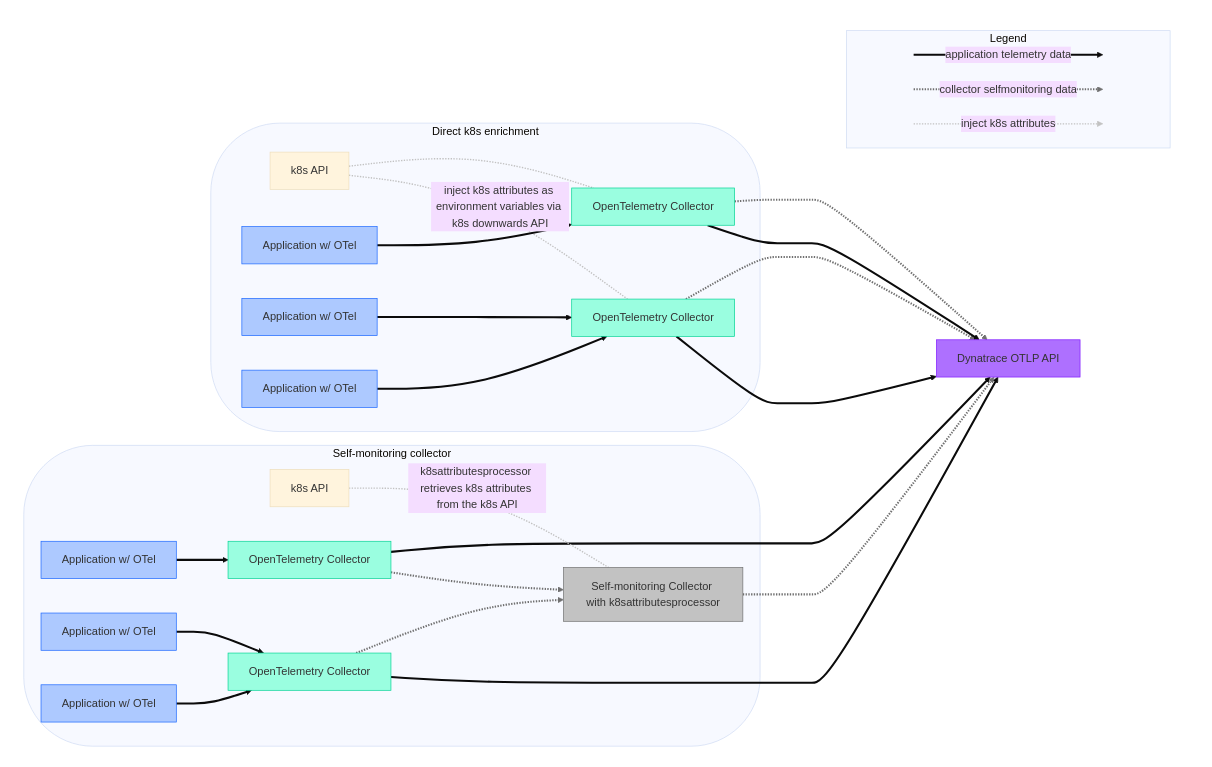
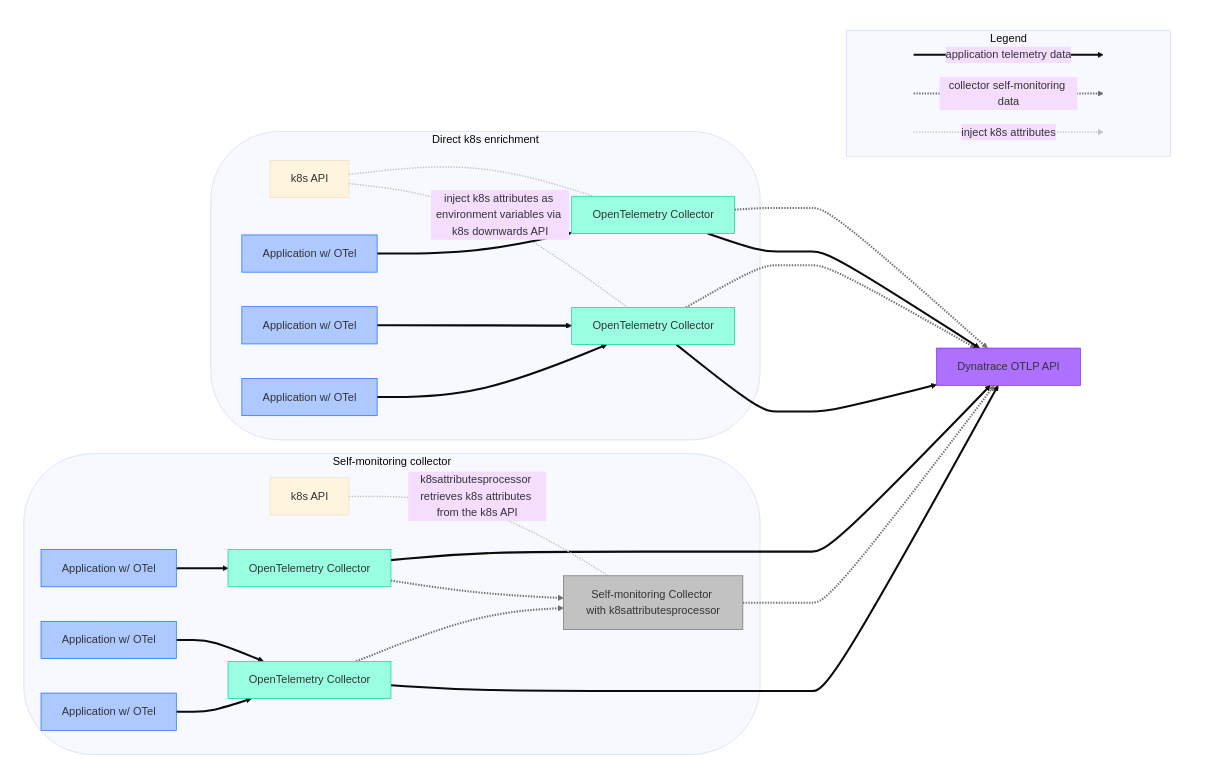
One commit to Dynatrace/dynatrace-otel-collector changed the diagram in docs/dashboards/README.md. Above: the diagram before and after it, drawn with Mermaid (base theme). The commit also changed other lines of this file, not shown here.

````diff
--- a/docs/dashboards/README.md
+++ b/docs/dashboards/README.md
@@ -97,82 +97,82 @@
 ```mermaid
 flowchart LR
     subgraph alignOthersSg[" "]
         subgraph dtOtlpApi[" "]
             otlpApi[Dynatrace OTLP API]:::API
         end
 
         subgraph legend[Legend]
             direction LR
             leg1[ ]:::hide-- application telemetry data -->leg2[ ]:::hide
-            leg3[ ]:::hide-. collector selfmonitoring data .-> leg4[ ]:::hide
+            leg3[ ]:::hide-. collector self-monitoring data .-> leg4[ ]:::hide
             leg5[ ]:::hide-. inject k8s attributes .-> leg6[ ]:::hide
             classDef hide height:0px
         end
     end
 
     subgraph alignAlternativesSg[" "]
         subgraph alt1[Self-monitoring collector]
             attributesProcessorApi[k8s API]  
 
             app1[Application w/ OTel]:::OpenTelemetryApp
             app2[Application w/ OTel]:::OpenTelemetryApp
             app3[Application w/ OTel]:::OpenTelemetryApp
 
             otelcol1[OpenTelemetry Collector]:::OTelCollector
             otelcol2[OpenTelemetry Collector]:::OTelCollector
 
             selfmonGateway[Self-monitoring Collector with k8sattributesprocessor]:::SelfmonCollector
 
             app1-->otelcol1
             app2-->otelcol2
             app3-->otelcol2
 
             otelcol1-->otlpApi
 
             otelcol1-.->selfmonGateway
             otelcol2-.->selfmonGateway
 
             otelcol2-->otlpApi
 
             attributesProcessorApi -.  k8sattributesprocessor retrieves k8s attributes from the k8s API .- selfmonGateway
 
             selfmonGateway-.->otlpApi
         end
 
         subgraph alt2[Direct k8s enrichment]
             k8sInjection[k8s API]  
             
             app4[Application w/ OTel]:::OpenTelemetryApp
             app5[Application w/ OTel]:::OpenTelemetryApp
             app6[Application w/ OTel]:::OpenTelemetryApp
 
             otelcol4[OpenTelemetry Collector]:::OTelCollector
             otelcol5[OpenTelemetry Collector]:::OTelCollector
 
             k8sInjection -.- otelcol4
             k8sInjection -. inject k8s attributes as environment variables via k8s downwards API .- otelcol5
 
             app4-->otelcol4
             app5-->otelcol5
             app6-->otelcol5
 
             otelcol4-.->otlpApi
             otelcol5-.->otlpApi
             otelcol4-->otlpApi
             otelcol5-->otlpApi
         end
     end
 
 classDef OpenTelemetryApp fill:#adc9ff,stroke:#1966FF
 classDef OTelCollector fill:#9afee0,stroke:#02D394
 classDef SelfmonCollector fill:#C2C2C2,stroke:#707070
 classDef AlternativeClass rx:100,fill:
 classDef hideSg fill:white,stroke:white
 classDef API fill:#ae70ff,stroke:#7F1AFF
 class alignAlternativesSg,alignOthersSg,dtOtlpApi hideSg
 class alt1,alt2 AlternativeClass
 
 linkStyle default stroke-width:3px
 linkStyle 1,7,8,11,17,18 stroke:#707070
 linkStyle 2,10,12,13 stroke:#C2C2C2,stroke-width:2px
 ```
````
